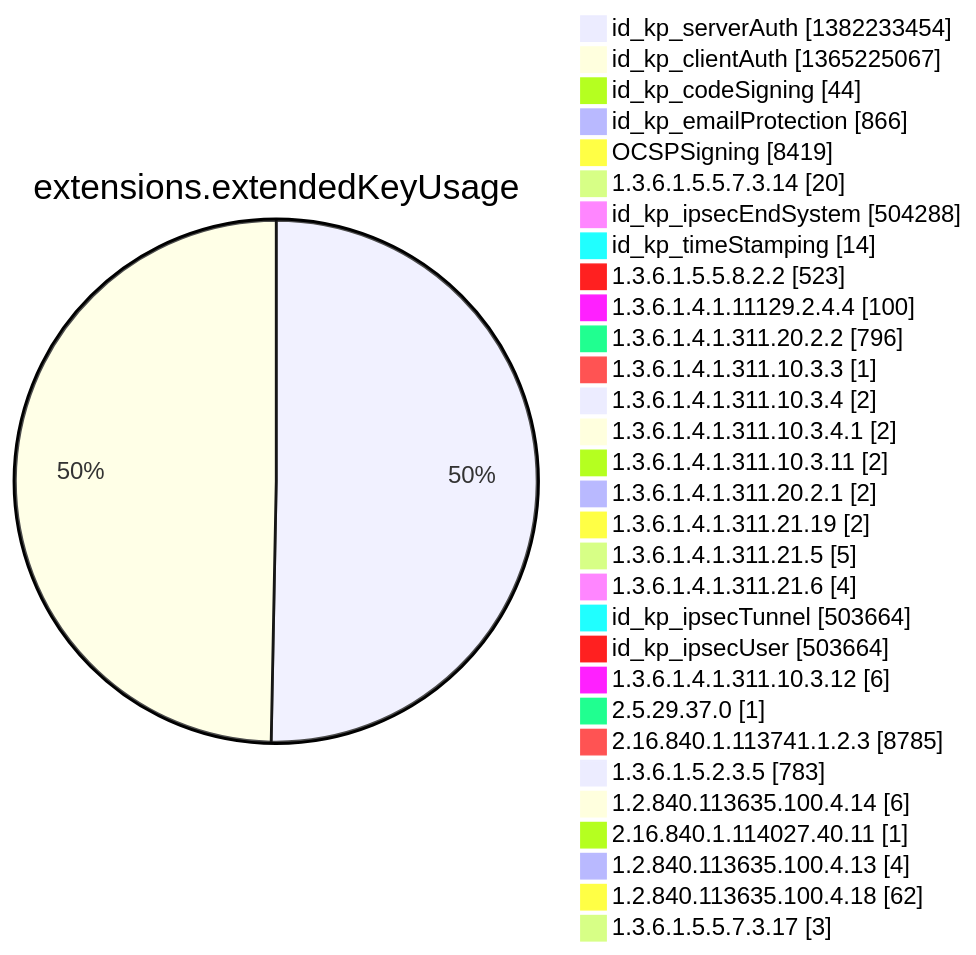
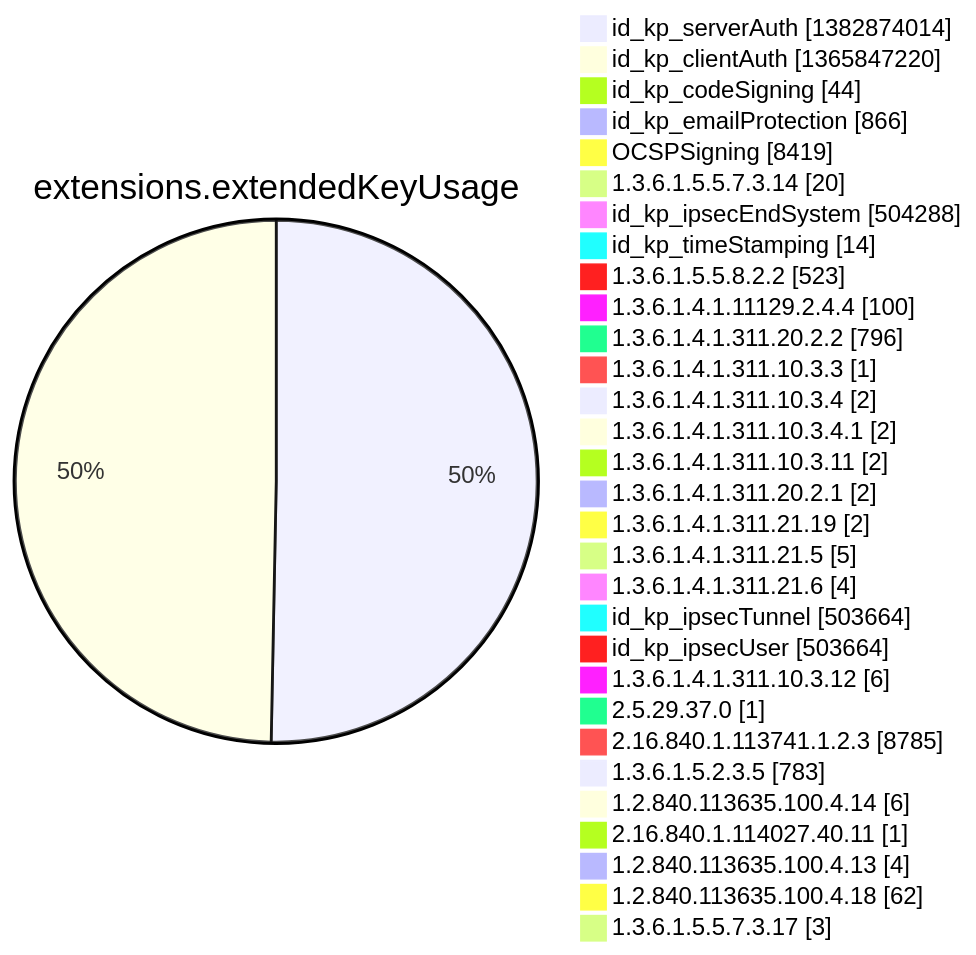
One commit to christiankrug/ctmonitor_visualization changed diagram 12 of 15 in argon2022/README.md. Above: the diagram before and after it, drawn with Mermaid. The commit also changed other lines of this file, not shown here.

````diff
--- a/argon2022/README.md
+++ b/argon2022/README.md
@@ -3554,34 +3554,34 @@
 ```mermaid
 pie showData
 title extensions.extendedKeyUsage
-"id_kp_serverAuth" :1382233454
-"id_kp_clientAuth" :1365225067
+"id_kp_serverAuth" :1382874014
+"id_kp_clientAuth" :1365847220
 "id_kp_codeSigning" :44
 "id_kp_emailProtection" :866
 "OCSPSigning" :8419
 "1.3.6.1.5.5.7.3.14" :20
 "id_kp_ipsecEndSystem" :504288
 "id_kp_timeStamping" :14
 "1.3.6.1.5.5.8.2.2" :523
 "1.3.6.1.4.1.11129.2.4.4" :100
 "1.3.6.1.4.1.311.20.2.2" :796
 "1.3.6.1.4.1.311.10.3.3" :1
 "1.3.6.1.4.1.311.10.3.4" :2
 "1.3.6.1.4.1.311.10.3.4.1" :2
 "1.3.6.1.4.1.311.10.3.11" :2
 "1.3.6.1.4.1.311.20.2.1" :2
 "1.3.6.1.4.1.311.21.19" :2
 "1.3.6.1.4.1.311.21.5" :5
 "1.3.6.1.4.1.311.21.6" :4
 "id_kp_ipsecTunnel" :503664
 "id_kp_ipsecUser" :503664
 "1.3.6.1.4.1.311.10.3.12" :6
 "2.5.29.37.0" :1
 "2.16.840.1.113741.1.2.3" :8785
 "1.3.6.1.5.2.3.5" :783
 "1.2.840.113635.100.4.14" :6
 "2.16.840.1.114027.40.11" :1
 "1.2.840.113635.100.4.13" :4
 "1.2.840.113635.100.4.18" :62
 "1.3.6.1.5.5.7.3.17" :3
 ```
````
